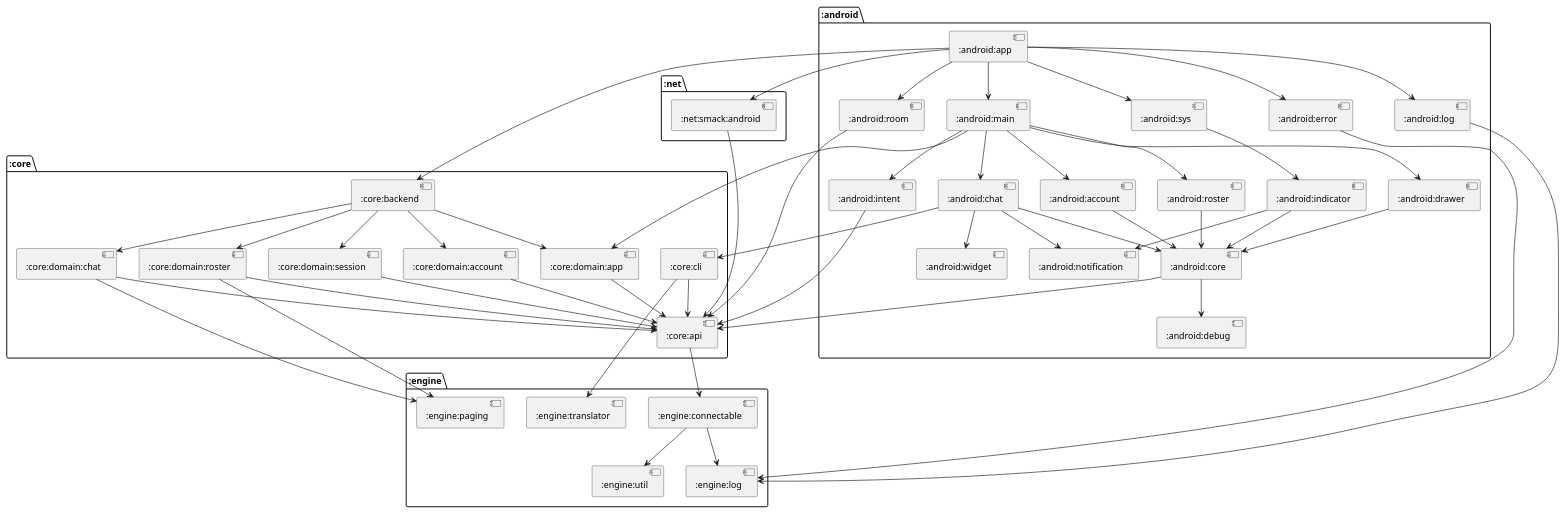
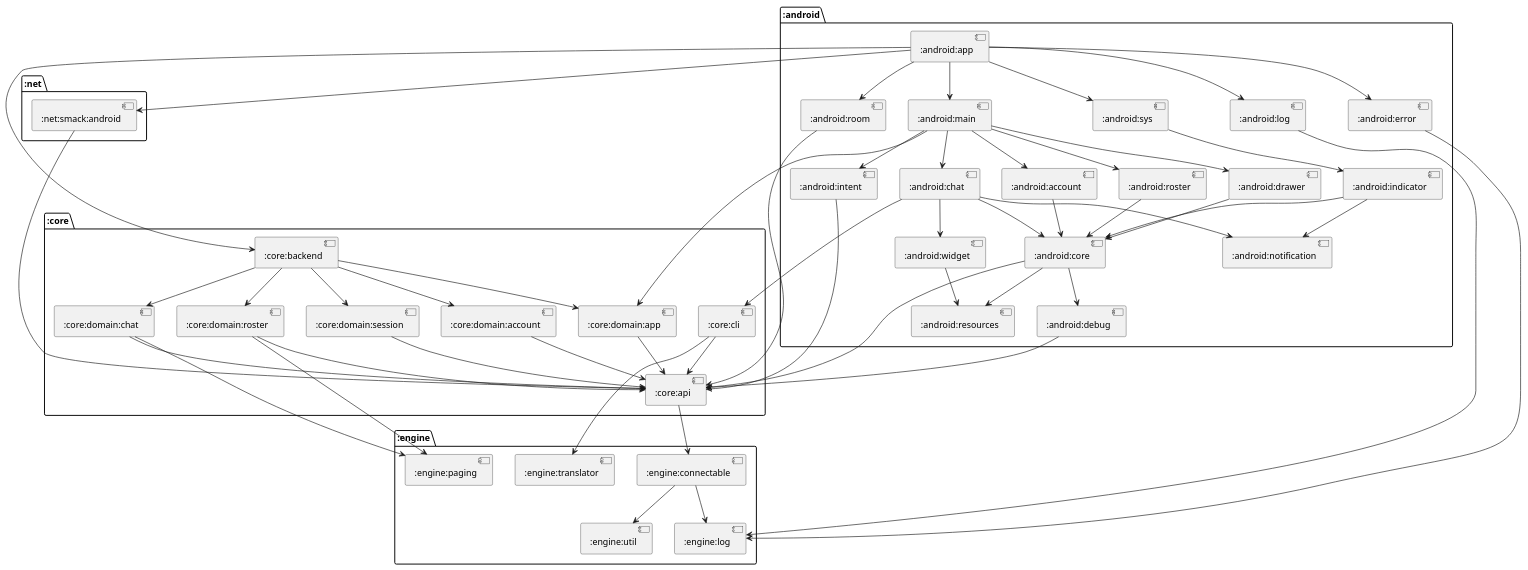
Before and after one commit to cryptopunkscc/crypton: the diagram in docs/modules/puml/:android:app.puml, drawn with PlantUML. The commit also changed 1 other file, not shown here.

Commit message:
Update diagram

```diff
--- a/docs/modules/puml/:android:app.puml
+++ b/docs/modules/puml/:android:app.puml
@@ -1,87 +1,91 @@
 @startuml
 package ":core" {
 [:core:backend]
 [:core:domain:app]
 [:core:domain:session]
 [:core:domain:account]
 [:core:domain:chat]
 [:core:domain:roster]
 [:core:api]
 [:core:cli]
 }
 package ":net" {
 [:net:smack:android]
 }
 package ":android" {
 [:android:room]
 [:android:sys]
 [:android:log]
 [:android:error]
 [:android:main]
 [:android:indicator]
 [:android:core]
 [:android:notification]
+[:android:resources]
 [:android:debug]
 [:android:intent]
 [:android:account]
 [:android:roster]
 [:android:chat]
 [:android:drawer]
 [:android:widget]
 [:android:app]
 }
 package ":engine" {
 [:engine:connectable]
 [:engine:util]
 [:engine:log]
 [:engine:paging]
 [:engine:translator]
 }
 [:core:backend] --> [:core:domain:app]
 [:core:backend] --> [:core:domain:session]
 [:core:backend] --> [:core:domain:account]
 [:core:backend] --> [:core:domain:chat]
 [:core:backend] --> [:core:domain:roster]
 [:net:smack:android] --> [:core:api]
 [:android:room] --> [:core:api]
 [:android:sys] --> [:android:indicator]
 [:android:log] --> [:engine:log]
 [:android:error] --> [:engine:log]
 [:android:main] --> [:android:intent]
 [:android:main] --> [:android:account]
 [:android:main] --> [:android:roster]
 [:android:main] --> [:android:chat]
 [:android:main] --> [:android:drawer]
 [:android:main] --> [:core:domain:app]
 [:core:domain:app] --> [:core:api]
 [:core:domain:session] --> [:core:api]
 [:core:domain:account] --> [:core:api]
 [:core:domain:chat] --> [:engine:paging]
 [:core:domain:chat] --> [:core:api]
 [:core:domain:roster] --> [:engine:paging]
 [:core:domain:roster] --> [:core:api]
 [:core:api] --> [:engine:connectable]
 [:engine:connectable] --> [:engine:util]
 [:engine:connectable] --> [:engine:log]
 [:android:indicator] --> [:android:core]
 [:android:indicator] --> [:android:notification]
 [:android:core] --> [:core:api]
+[:android:core] --> [:android:resources]
 [:android:core] --> [:android:debug]
+[:android:debug] --> [:core:api]
 [:android:intent] --> [:core:api]
 [:android:account] --> [:android:core]
 [:android:roster] --> [:android:core]
 [:android:chat] --> [:android:core]
 [:android:chat] --> [:android:notification]
 [:android:chat] --> [:android:widget]
 [:android:chat] --> [:core:cli]
 [:android:drawer] --> [:android:core]
+[:android:widget] --> [:android:resources]
 [:core:cli] --> [:engine:translator]
 [:core:cli] --> [:core:api]
 [:android:app] --> [:core:backend]
 [:android:app] --> [:net:smack:android]
 [:android:app] --> [:android:room]
 [:android:app] --> [:android:sys]
 [:android:app] --> [:android:log]
 [:android:app] --> [:android:error]
 [:android:app] --> [:android:main]
 @enduml
```
